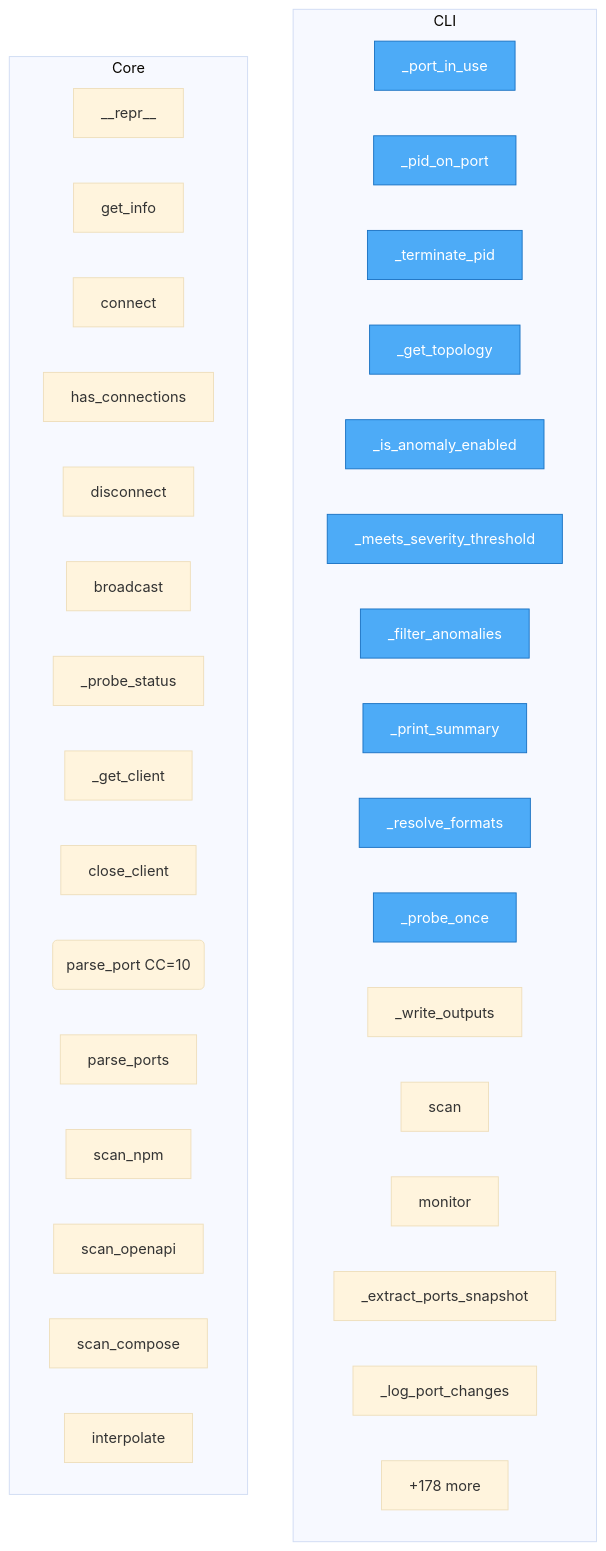
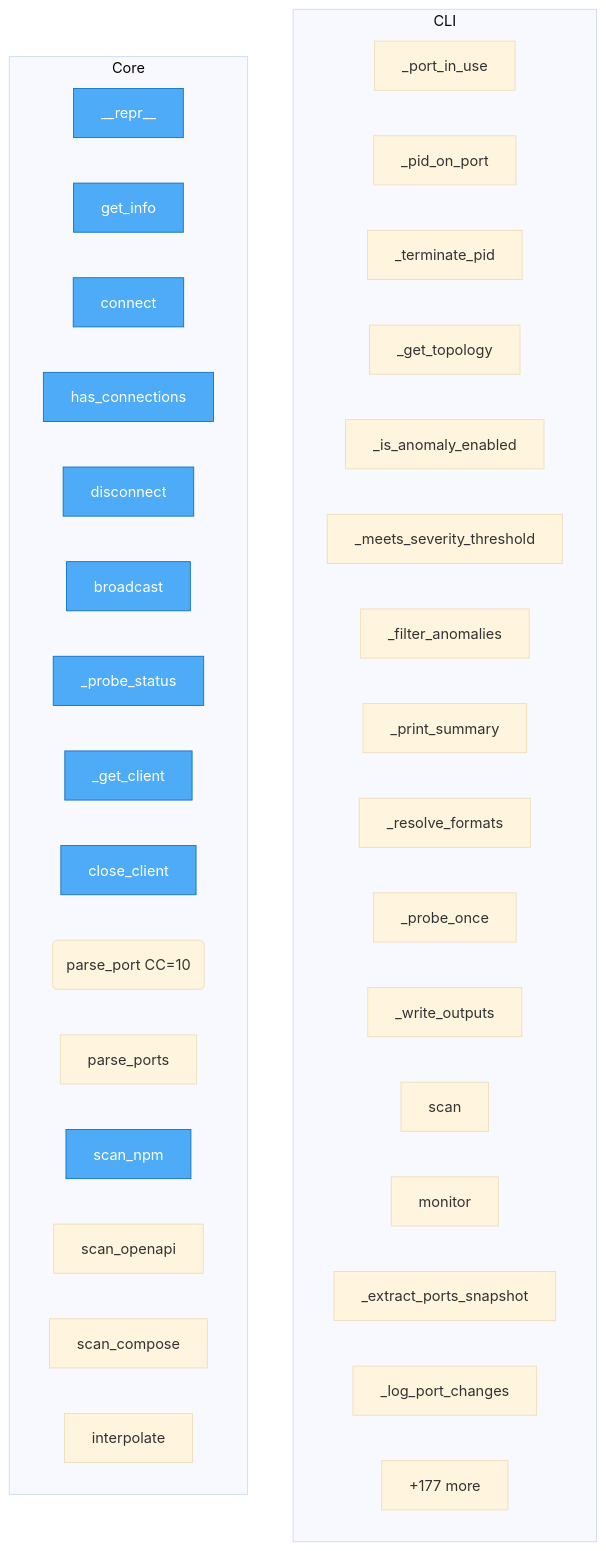
The diagram in project/flow.mmd (semcod/deta), drawn with Mermaid (base theme) before and after one commit. The commit also changed 27 other files, not shown here.

```diff
--- a/project/flow.mmd
+++ b/project/flow.mmd
@@ -1,44 +1,44 @@
 flowchart TD
 
     %% Entry points (blue)
     classDef entry fill:#4dabf7,stroke:#1971c2,color:#fff
 
     subgraph CLI
         deta__cli___port_in_use["_port_in_use"]
         deta__cli___pid_on_port["_pid_on_port"]
         deta__cli___terminate_pid["_terminate_pid"]
         deta__cli___get_topology["_get_topology"]
         deta__cli___is_anomaly_enabled["_is_anomaly_enabled"]
         deta__cli___meets_severity_threshold["_meets_severity_threshold"]
         deta__cli___filter_anomalies["_filter_anomalies"]
         deta__cli___print_summary["_print_summary"]
         deta__cli___resolve_formats["_resolve_formats"]
         deta__cli___probe_once["_probe_once"]
         deta__cli___write_outputs["_write_outputs"]
         deta__cli__scan["scan"]
         deta__cli__monitor["monitor"]
         deta__cli___extract_ports_snapshot["_extract_ports_snapshot"]
         deta__cli___log_port_changes["_log_port_changes"]
         ...["+4 more"]
     end
 
     subgraph Core
         deta__core__Wup____repr__["__repr__"]
         deta__core__Wup__get_info["get_info"]
         deta__web__app__ConnectionManager__connect["connect"]
         deta__web__app__ConnectionManager__has_connections["has_connections"]
         deta__web__app__ConnectionManager__disconnect["disconnect"]
         deta__web__app__ConnectionManager__broadcast["broadcast"]
         deta__web__app___probe_status["_probe_status"]
         deta__monitor__prober___get_client["_get_client"]
         deta__monitor__prober__close_client["close_client"]
         deta__scanner__ports__parse_port("parse_port CC=10")
         deta__scanner__ports__parse_ports["parse_ports"]
         deta__scanner__npm__scan_npm["scan_npm"]
         deta__scanner__openapi__scan_openapi["scan_openapi"]
         deta__scanner__compose__scan_compose["scan_compose"]
         deta__scanner__env__interpolate["interpolate"]
-        ...["+178 more"]
+        ...["+177 more"]
     end
 
-    class deta__cli___port_in_use,deta__cli___pid_on_port,deta__cli___terminate_pid,deta__cli___get_topology,deta__cli___is_anomaly_enabled,deta__cli___meets_severity_threshold,deta__cli___filter_anomalies,deta__cli___print_summary,deta__cli___resolve_formats,deta__cli___probe_once entry
+    class deta__core__Wup____repr__,deta__core__Wup__get_info,deta__web__app__ConnectionManager__connect,deta__web__app__ConnectionManager__has_connections,deta__web__app__ConnectionManager__disconnect,deta__web__app__ConnectionManager__broadcast,deta__web__app___probe_status,deta__monitor__prober___get_client,deta__monitor__prober__close_client,deta__scanner__npm__scan_npm entry
```
